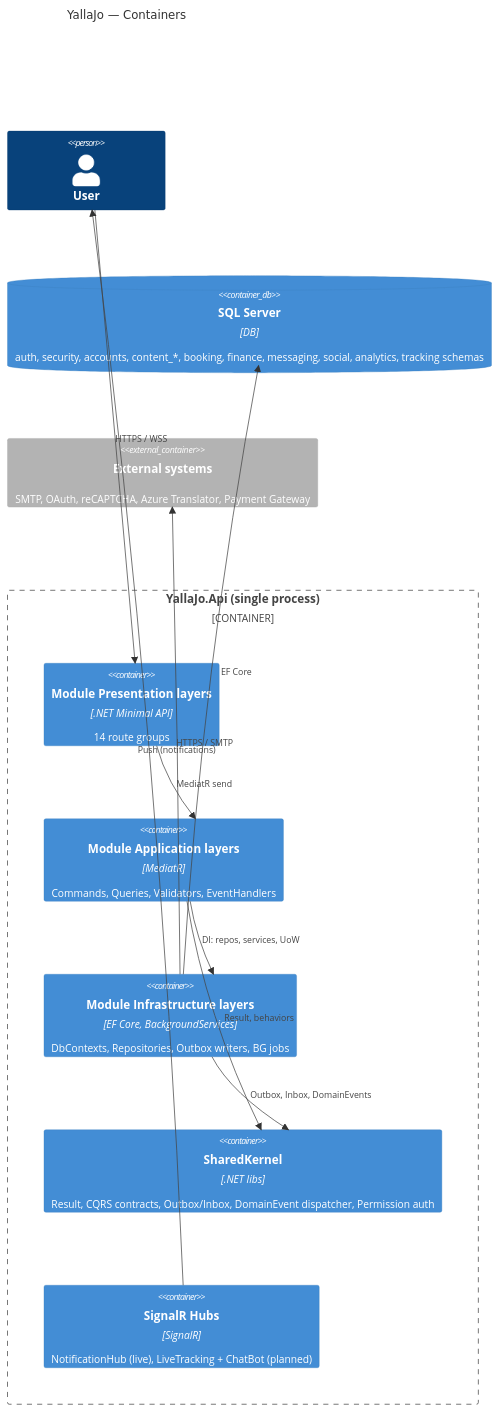
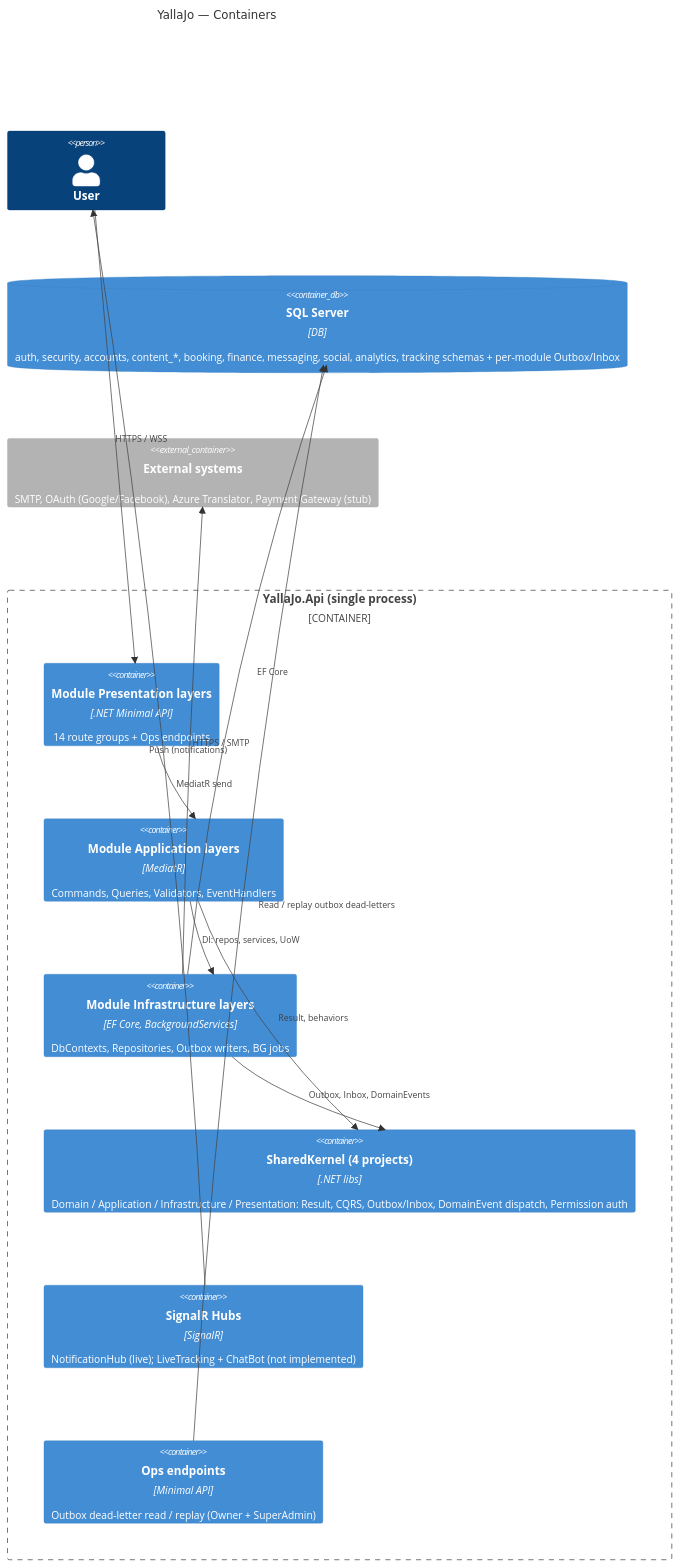
One commit to asadi11-3/YallaJo changed the third of 4 diagrams in docs/01-system-overview.md. Above: the diagram before and after it, drawn with Mermaid. The commit also changed other lines of this file and 6 other files, not shown here.

Commit message:
docs: rebuild YallaJo architecture foundation

````diff
--- a/docs/01-system-overview.md
+++ b/docs/01-system-overview.md
@@ -69,25 +125,27 @@
 ```mermaid
 C4Container
     title YallaJo — Containers
     Person(user, "User")
 
     Container_Boundary(api, "YallaJo.Api (single process)") {
-        Container(presentation, "Module Presentation layers", ".NET Minimal API", "14 route groups")
+        Container(presentation, "Module Presentation layers", ".NET Minimal API", "14 route groups + Ops endpoints")
         Container(application, "Module Application layers", "MediatR", "Commands, Queries, Validators, EventHandlers")
         Container(infrastructure, "Module Infrastructure layers", "EF Core, BackgroundServices", "DbContexts, Repositories, Outbox writers, BG jobs")
-        Container(shared, "SharedKernel", ".NET libs", "Result, CQRS contracts, Outbox/Inbox, DomainEvent dispatcher, Permission auth")
-        Container(hubs, "SignalR Hubs", "SignalR", "NotificationHub (live), LiveTracking + ChatBot (planned)")
+        Container(shared, "SharedKernel (4 projects)", ".NET libs", "Domain / Application / Infrastructure / Presentation: Result, CQRS, Outbox/Inbox, DomainEvent dispatch, Permission auth")
+        Container(hubs, "SignalR Hubs", "SignalR", "NotificationHub (live); LiveTracking + ChatBot (not implemented)")
+        Container(ops, "Ops endpoints", "Minimal API", "Outbox dead-letter read / replay (Owner + SuperAdmin)")
     }
 
-    ContainerDb(sql, "SQL Server", "DB", "auth, security, accounts, content_*, booking, finance, messaging, social, analytics, tracking schemas")
-    Container_Ext(externals, "External systems", "", "SMTP, OAuth, reCAPTCHA, Azure Translator, Payment Gateway")
+    ContainerDb(sql, "SQL Server", "DB", "auth, security, accounts, content_*, booking, finance, messaging, social, analytics, tracking schemas + per-module Outbox/Inbox")
+    Container_Ext(externals, "External systems", "", "SMTP, OAuth (Google/Facebook), Azure Translator, Payment Gateway (stub)")
 
     Rel(user, presentation, "HTTPS / WSS")
     Rel(presentation, application, "MediatR send")
     Rel(application, infrastructure, "DI: repos, services, UoW")
     Rel(infrastructure, sql, "EF Core")
     Rel(application, shared, "Result, behaviors")
     Rel(infrastructure, shared, "Outbox, Inbox, DomainEvents")
     Rel(infrastructure, externals, "HTTPS / SMTP")
+    Rel(ops, sql, "Read / replay outbox dead-letters")
     Rel(hubs, user, "Push (notifications)")
 ```
````
